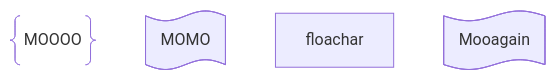
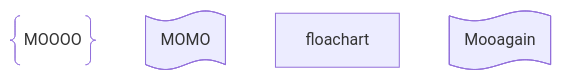
One commit to gerbssusd/dok changed the diagram in slides.md. Above: the diagram before and after it, drawn with Mermaid.

````diff
--- a/slides.md
+++ b/slides.md
@@ -217,9 +217,9 @@
 ```mermaid
 flowchart TD
     A@{ shape: braces, label: "MOOOO" }
     B@{ shape: flag, label: "MOMO"}
-floachar
+floachart
     C@{ shape: flag, label: "Mooagain"}
 
 
 ```
````
